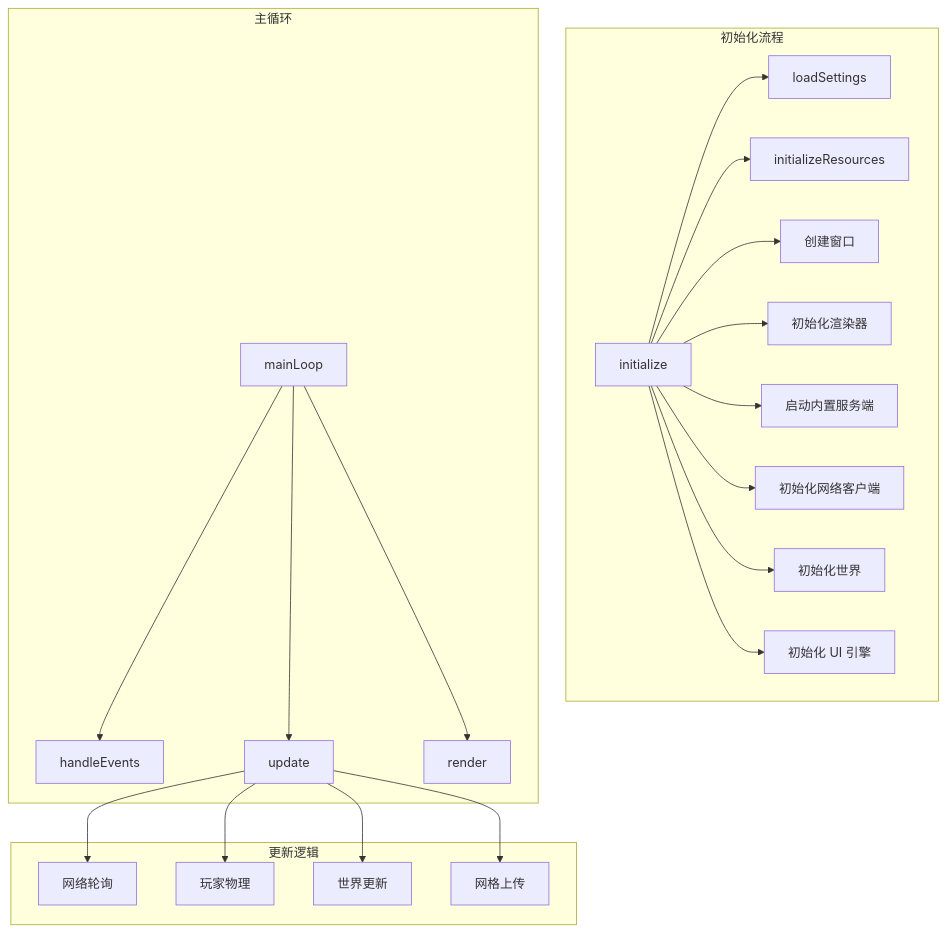
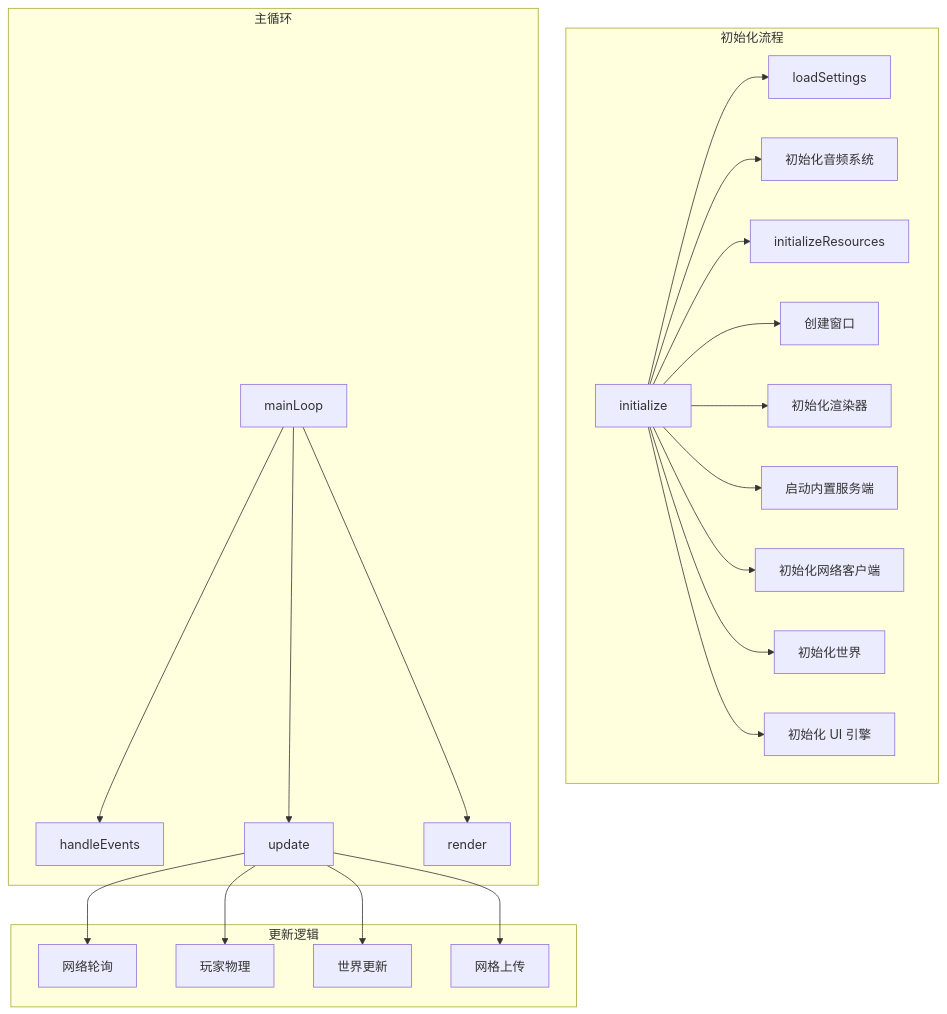
Before and after one commit to g122622/Cubium: the first of 4 diagrams in src/client/application/README.md, drawn with Mermaid. The commit also changed other lines of this file and 23 other files, not shown here.

````diff
--- a/src/client/application/README.md
+++ b/src/client/application/README.md
@@ -65,26 +65,27 @@
 ```mermaid
 graph TB
     subgraph 初始化流程
-        A[initialize] --> B[loadSettings]
-        A --> C[initializeResources]
-        A --> D[创建窗口]
-        A --> E[初始化渲染器]
-        A --> F[启动内置服务端]
-        A --> G[初始化网络客户端]
-        A --> H[初始化世界]
-        A --> I[初始化 UI 引擎]
+        IA[initialize] --> IB[loadSettings]
+        IA --> IC[初始化音频系统]
+        IA --> ID[initializeResources]
+        IA --> IE[创建窗口]
+        IA --> IF[初始化渲染器]
+        IA --> IG[启动内置服务端]
+        IA --> IH[初始化网络客户端]
+        IA --> II[初始化世界]
+        IA --> IJ[初始化 UI 引擎]
     end
 
     subgraph 主循环
         J[mainLoop] --> K[handleEvents]
         J --> L[update]
         J --> M[render]
     end
 
     subgraph 更新逻辑
         L --> N[网络轮询]
         L --> O[玩家物理]
         L --> P[世界更新]
         L --> Q[网格上传]
     end
 ```
````
